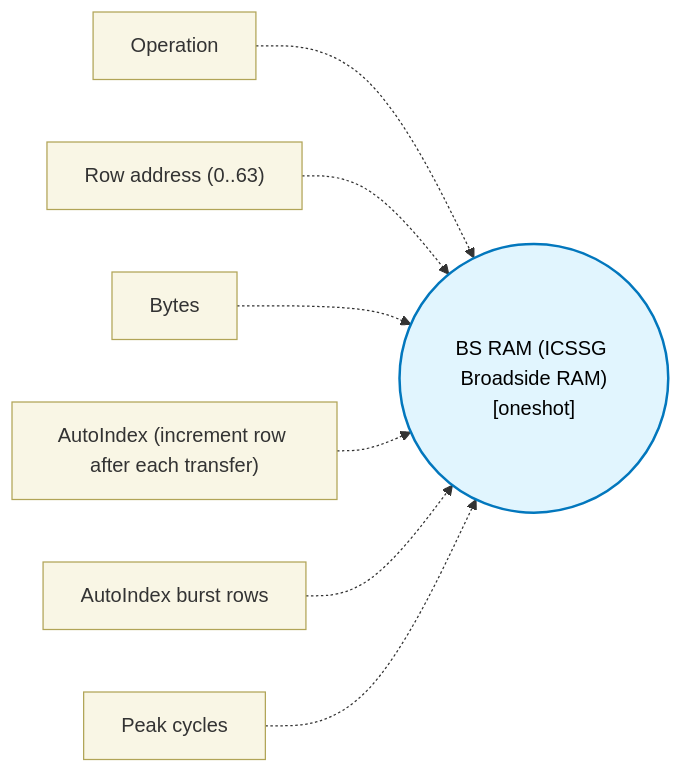
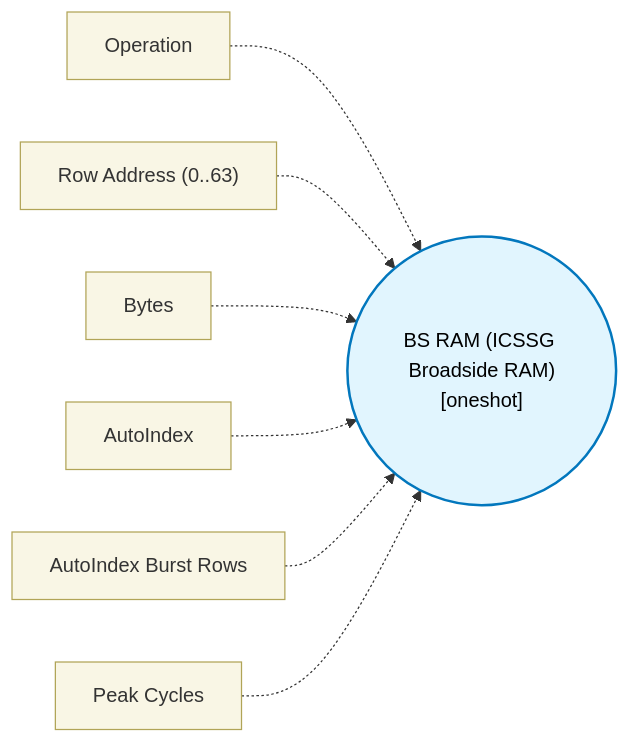
The diagram in docs/block-reference/blocks/bs_ram_block/design.md (TexasInstruments/pru-no-code-tool), drawn with Mermaid before and after one commit. The commit also changed other lines of this file and 89 other files, not shown here.

````diff
--- a/docs/block-reference/blocks/bs_ram_block/design.md
+++ b/docs/block-reference/blocks/bs_ram_block/design.md
@@ -11,12 +11,12 @@
 ```mermaid
 flowchart LR
   classDef config fill:#f9f6e5,stroke:#b1a457,stroke-width:1px,color:#333;
   classDef core fill:#e1f5fe,stroke:#0277bd,stroke-width:2px,color:#000;
   CORE(("BS RAM (ICSSG Broadside RAM)\n[oneshot]")):::core
   CFG0["Operation"]:::config -.-> CORE
-  CFG1["Row address (0..63)"]:::config -.-> CORE
+  CFG1["Row Address (0..63)"]:::config -.-> CORE
   CFG2["Bytes"]:::config -.-> CORE
-  CFG3["AutoIndex (increment row after each transfer)"]:::config -.-> CORE
-  CFG4["AutoIndex burst rows"]:::config -.-> CORE
-  CFG5["Peak cycles"]:::config -.-> CORE
+  CFG3["AutoIndex"]:::config -.-> CORE
+  CFG4["AutoIndex Burst Rows"]:::config -.-> CORE
+  CFG5["Peak Cycles"]:::config -.-> CORE
 ```
````
